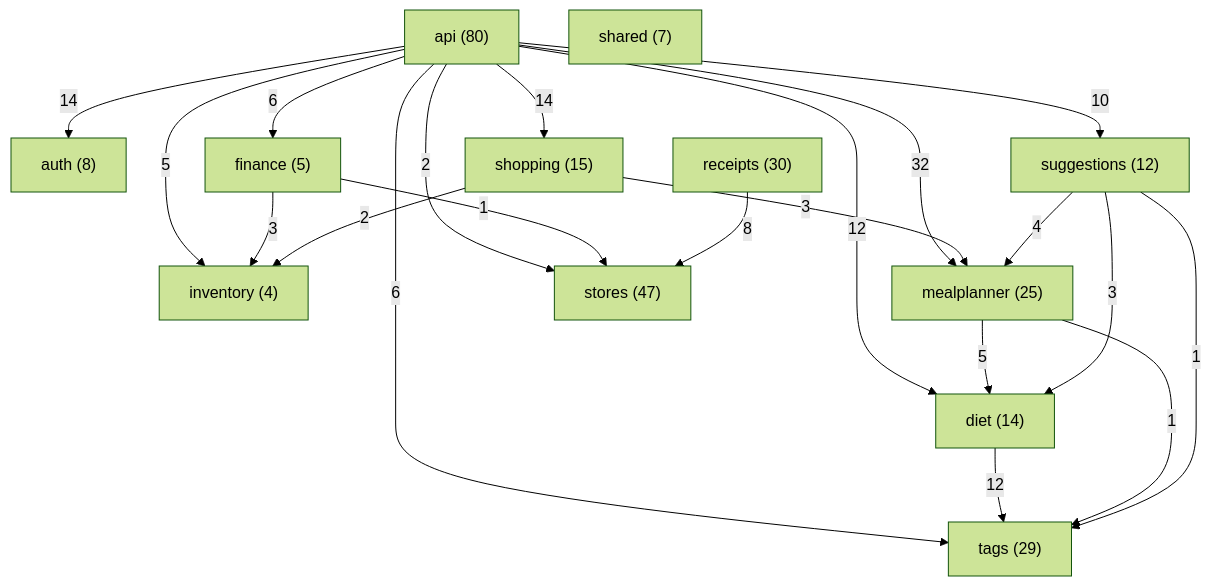
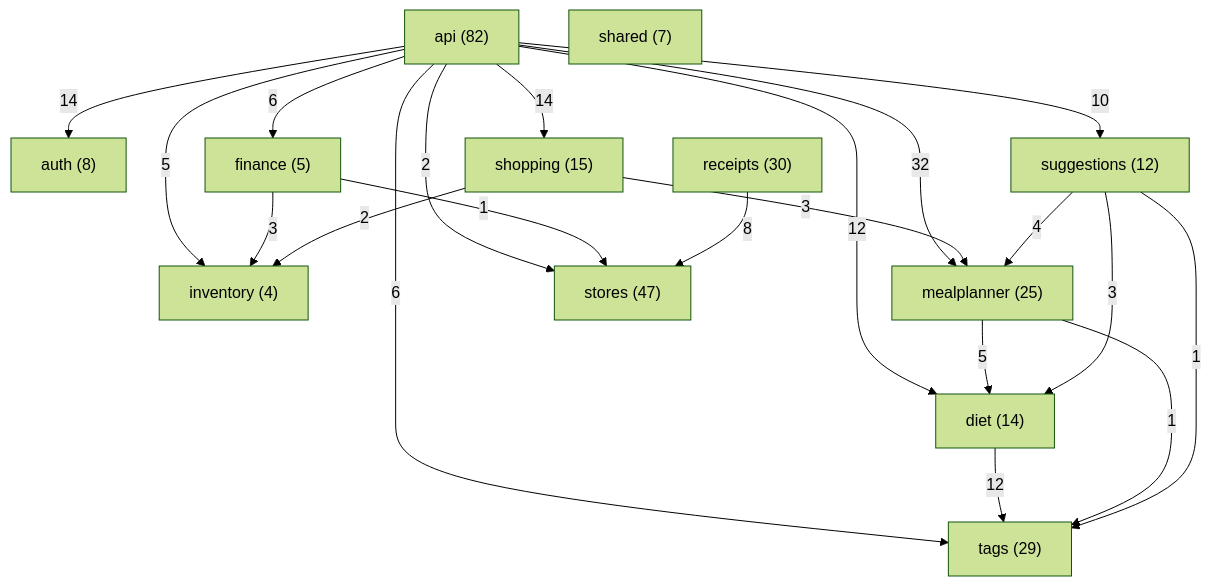
The diagram in docs/classes/README.md (Nate-ryan-7690/dahaem), drawn with Mermaid (forest theme) before and after one commit. The commit also changed other lines of this file and 4 other files, not shown here.

````diff
--- a/docs/classes/README.md
+++ b/docs/classes/README.md
@@ -9,35 +9,35 @@
 ```mermaid
 flowchart TD
-    api["api (80)"]
+    api["api (82)"]
     auth["auth (8)"]
     diet["diet (14)"]
     finance["finance (5)"]
     inventory["inventory (4)"]
     mealplanner["mealplanner (25)"]
     receipts["receipts (30)"]
     shared["shared (7)"]
     shopping["shopping (15)"]
     stores["stores (47)"]
     suggestions["suggestions (12)"]
     tags["tags (29)"]
     api -->|14| auth
     api -->|12| diet
     api -->|6| finance
     api -->|5| inventory
     api -->|32| mealplanner
     api -->|14| shopping
     api -->|2| stores
     api -->|10| suggestions
     api -->|6| tags
     diet -->|12| tags
     finance -->|3| inventory
     finance -->|1| stores
     mealplanner -->|5| diet
     mealplanner -->|1| tags
     receipts -->|8| stores
     shopping -->|2| inventory
     shopping -->|3| mealplanner
     suggestions -->|3| diet
     suggestions -->|4| mealplanner
     suggestions -->|1| tags
 ```
````
